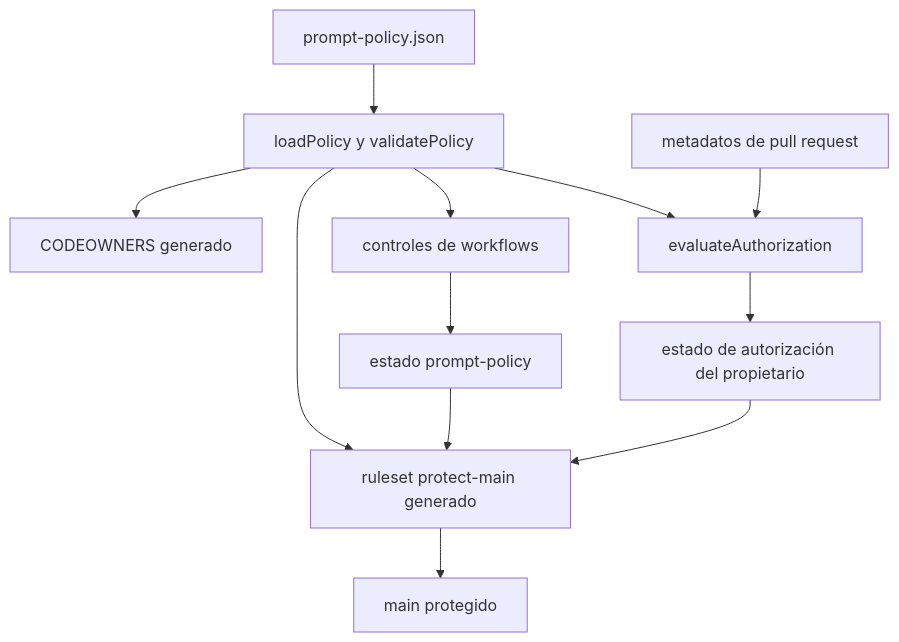
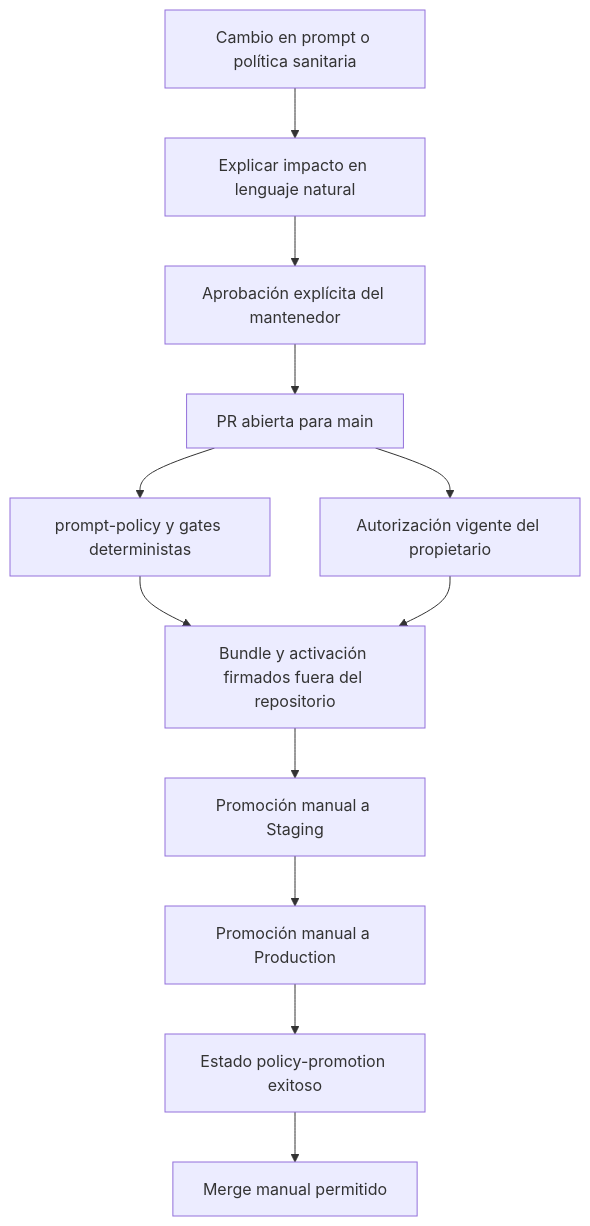
One commit to maximofn/gymnasia changed the diagram in openwiki/operations/prompt-policy-governance.md. Above: the diagram before and after it, drawn with Mermaid. The commit also changed other lines of this file and 24 other files, not shown here.

````diff
--- a/openwiki/operations/prompt-policy-governance.md
+++ b/openwiki/operations/prompt-policy-governance.md
@@ -32,14 +61,14 @@
 ```mermaid
 flowchart TD
-    Policy["prompt-policy.json"] --> Validate["loadPolicy y validatePolicy"]
-    Validate --> Codeowners["CODEOWNERS generado"]
-    Validate --> Ruleset["ruleset protect-main generado"]
-    Validate --> WorkflowChecks["controles de workflows"]
-    PullRequest["metadatos de pull request"] --> Authorization["evaluateAuthorization"]
-    Validate --> Authorization
-    Authorization --> Status["estado de autorización del propietario"]
-    WorkflowChecks --> PolicyStatus["estado prompt-policy"]
-    PolicyStatus --> Ruleset
-    Status --> Ruleset
-    Ruleset --> Main["main protegido"]
+    Change["Cambio en prompt o política sanitaria"] --> Explain["Explicar impacto en lenguaje natural"]
+    Explain --> Approval["Aprobación explícita del mantenedor"]
+    Approval --> PullRequest["PR abierta para main"]
+    PullRequest --> CI["prompt-policy y gates deterministas"]
+    PullRequest --> Owner["Autorización vigente del propietario"]
+    CI --> Signed["Bundle y activación firmados fuera del repositorio"]
+    Owner --> Signed
+    Signed --> Staging["Promoción manual a Staging"]
+    Staging --> Production["Promoción manual a Production"]
+    Production --> Status["Estado policy-promotion exitoso"]
+    Status --> Merge["Merge manual permitido"]
 ```
````
